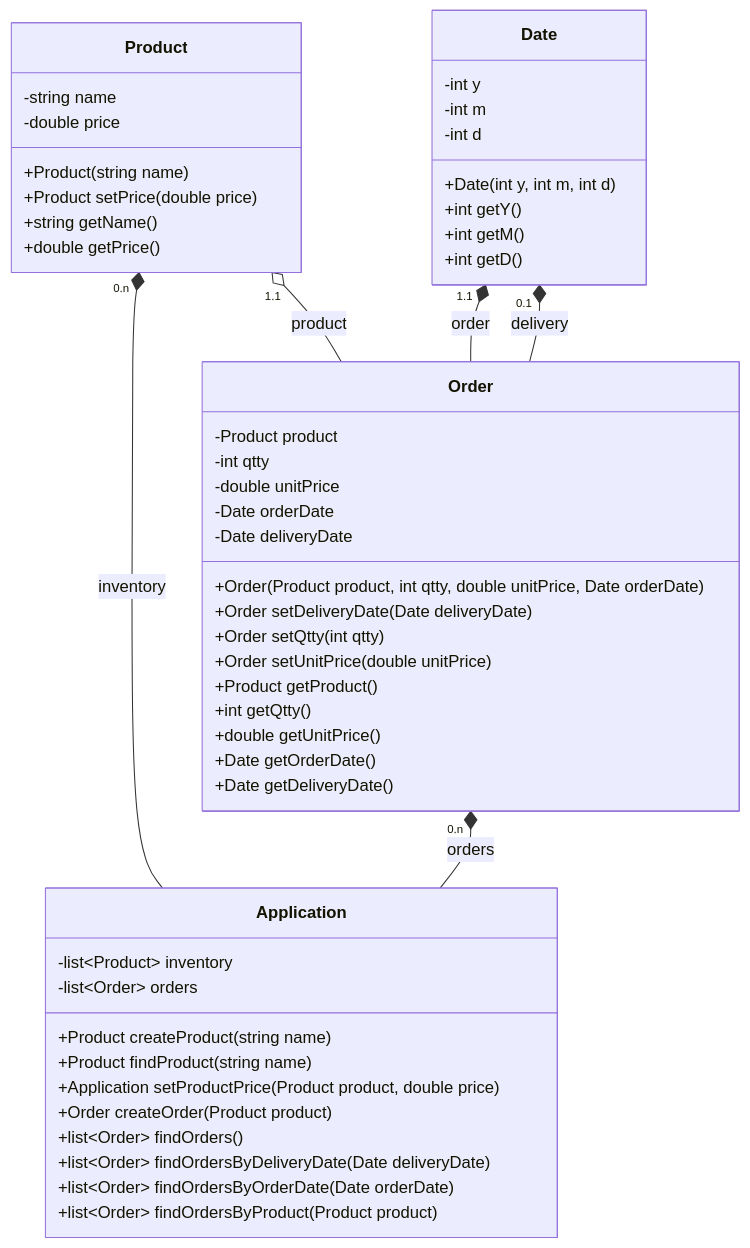
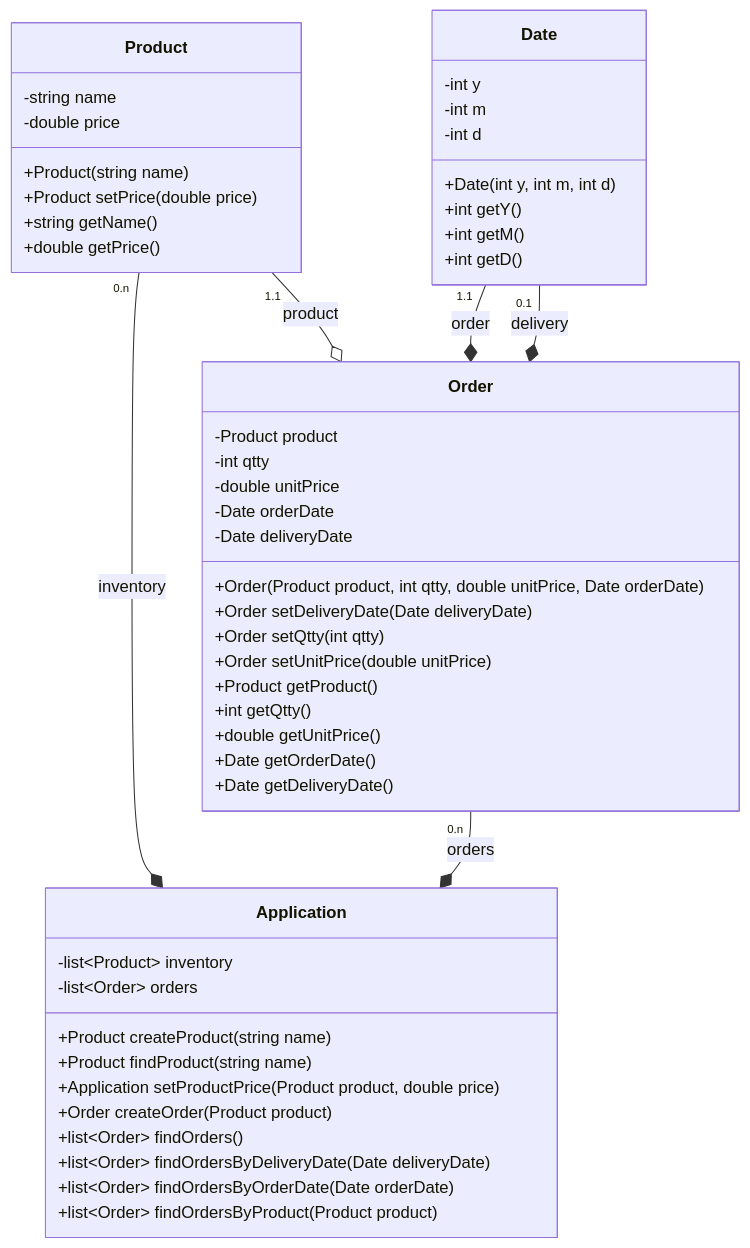
The third of 5 diagrams in Activités/act2-uml-basics.md (esirem-chassel/3aa-progadv), drawn with Mermaid before and after one commit. The commit also changed other lines of this file, not shown here.

````diff
--- a/Activités/act2-uml-basics.md
+++ b/Activités/act2-uml-basics.md
@@ -91,57 +91,57 @@
 ```mermaid
 classDiagram
   class Product {
     -string name
     -double price
     +Product(string name)
     +Product setPrice(double price)
     +string getName()
     +double getPrice()
   }
 
   class Date {
     -int y
     -int m
     -int d
     +Date(int y, int m, int d)
     +int getY()
     +int getM()
     +int getD()
   }
 
   class Order {
     -Product product
     -int qtty
     -double unitPrice
     -Date orderDate
     -Date deliveryDate
     +Order(Product product, int qtty, double unitPrice, Date orderDate)
     +Order setDeliveryDate(Date deliveryDate)
     +Order setQtty(int qtty)
     +Order setUnitPrice(double unitPrice)
     +Product getProduct()
     +int getQtty()
     +double getUnitPrice()
     +Date getOrderDate()
     +Date getDeliveryDate()
   }
 
   class Application {
     -list~Product~ inventory
     -list~Order~ orders
     +Product createProduct(string name)
     +Product findProduct(string name)
     +Application setProductPrice(Product product, double price)
     +Order createOrder(Product product)
     +list~Order~ findOrders()
     +list~Order~ findOrdersByDeliveryDate(Date deliveryDate)
     +list~Order~ findOrdersByOrderDate(Date orderDate)
     +list~Order~ findOrdersByProduct(Product product)
   }
 
-  Product "0,n" *-- Application : inventory
-  Product "1,1" o-- Order : product
-  Date "1,1" *-- Order : order
-  Date "0,1" *-- Order : delivery
-  Order "0,n" *-- Application : orders
+  Product "0,n" --* Application : inventory
+  Product "1,1" --o Order : product
+  Date "1,1" --* Order : order
+  Date "0,1" --* Order : delivery
+  Order "0,n" --* Application : orders
 ```
````
